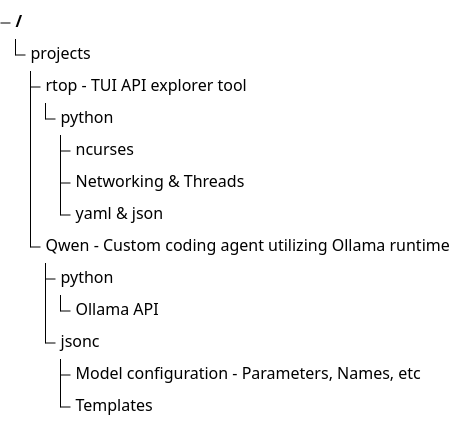
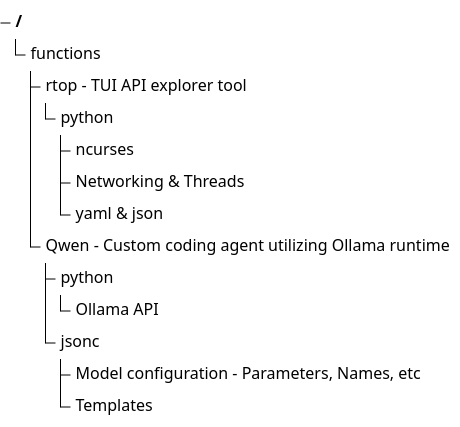
Before and after one commit to Carbonite13/carbonite13: the diagram in README.md, drawn with Mermaid.

Commit message:
Enhance README with Mermaid configuration
Added Mermaid configuration for improved visualization.

````diff
--- a/README.md
+++ b/README.md
@@ -38,15 +38,36 @@
 ```mermaid
+---
+config:
+  theme: base
+  themeVariables:
+    fontFamily: "JetBrains Mono, Fira Code, monospace"
+    fontSize: "14px"
+    primaryColor: "#0a1912"
+    primaryTextColor: "#4ade80"
+    primaryBorderColor: "#22c55e"
+    lineColor: "#15803d"
+    treeView:
+      rowIndent: 26
+      padding: 8
+  themeCSS: |
+    svg {
+      background-color: #050a07;
+      border: 1px solid #166534;
+      border-radius: 6px;
+      padding: 16px;
+    }
+---
 treeView-beta
-  "projects"
+  "functions"
     "rtop - TUI API explorer tool"
       "python"
         "ncurses"
         "Networking & Threads"
         "yaml & json"
     "Qwen - Custom coding agent utilizing Ollama runtime"
       "python"
         "Ollama API"
       "jsonc"
         "Model configuration - Parameters, Names, etc"
         "Templates"
 ```
````
